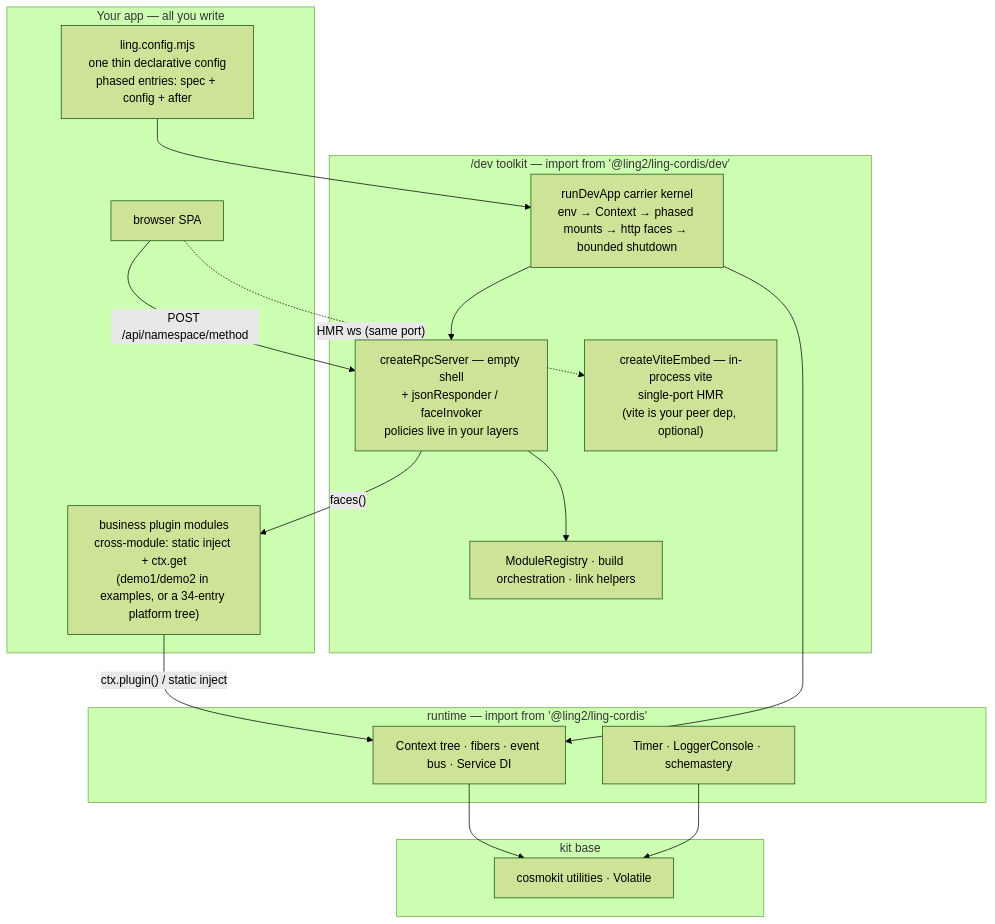
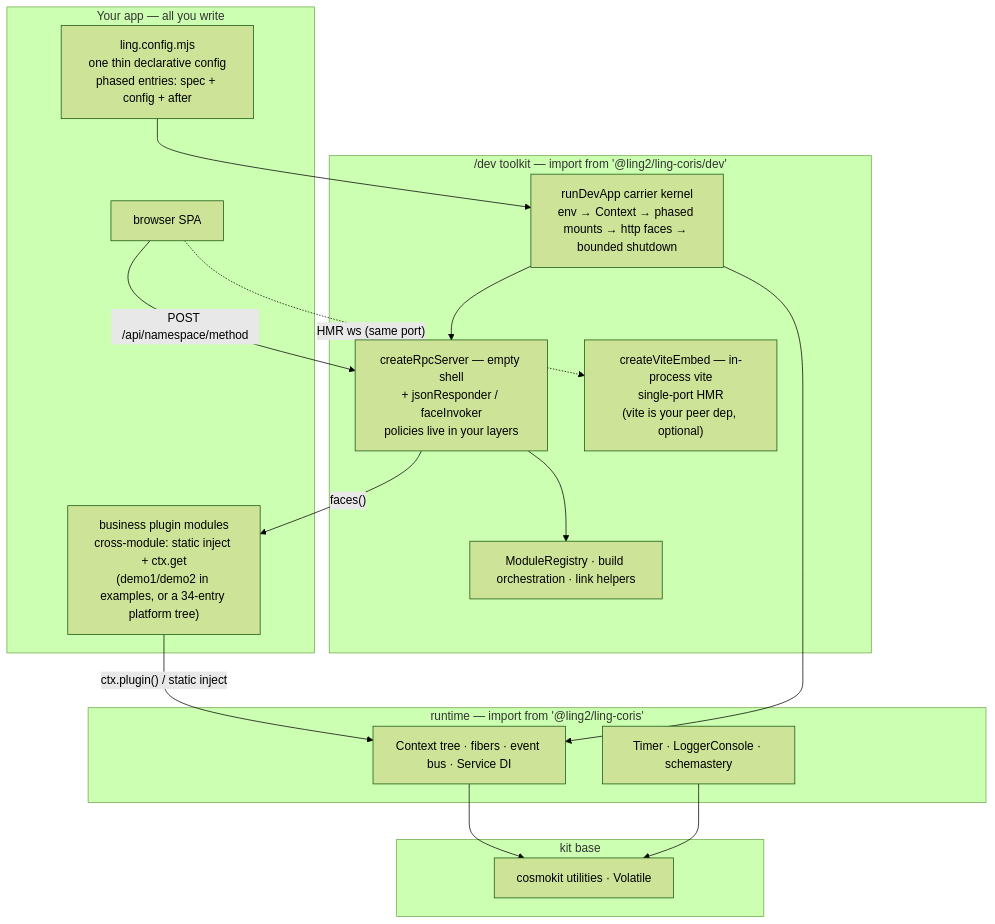
The diagram in README.md (ling2-2y2/ling-cordis), drawn with Mermaid (forest theme) before and after one commit. The commit also changed other lines of this file and 60 other files, not shown here.

Commit message:
chore(rename): ling-cordis → ling-coris——npm 新包 @ling2/ling-coris 0.0.1 起版（用户裁定 2026-10-28；旧包 @ling2/ling-cordis 随后废弃标注指向本包；GitHub/Gitee 仓同步更名）

````diff
--- a/README.md
+++ b/README.md
@@ -35,32 +35,32 @@
 ```mermaid
 flowchart TD
   subgraph L4["Your app — all you write"]
     CFG["ling.config.mjs<br/>one thin declarative config<br/>phased entries: spec + config + after"]
     MOD["business plugin modules<br/>cross-module: static inject + ctx.get<br/>(demo1/demo2 in examples, or a 34-entry platform tree)"]
     FE["browser SPA"]
   end
-  subgraph L3["/dev toolkit — import from '@ling2/ling-cordis/dev'"]
+  subgraph L3["/dev toolkit — import from '@ling2/ling-coris/dev'"]
     KERNEL["runDevApp carrier kernel<br/>env → Context → phased mounts → http faces → bounded shutdown"]
     GW["createRpcServer — empty shell<br/>+ jsonResponder / faceInvoker<br/>policies live in your layers"]
     HMR["createViteEmbed — in-process vite<br/>single-port HMR<br/>(vite is your peer dep, optional)"]
     UTILS["ModuleRegistry · build orchestration · link helpers"]
   end
-  subgraph L2["runtime — import from '@ling2/ling-cordis'"]
+  subgraph L2["runtime — import from '@ling2/ling-coris'"]
     CORE["Context tree · fibers · event bus · Service DI"]
     PLUGINS["Timer · LoggerConsole · schemastery"]
   end
   subgraph L1["kit base"]
     KIT["cosmokit utilities · Volatile"]
   end
 
   CFG --> KERNEL
   MOD -->|"ctx.plugin() / static inject"| CORE
   KERNEL --> GW
   KERNEL --> CORE
   GW --> UTILS
   FE -->|"POST /api/namespace/method"| GW
   FE -.->|"HMR ws (same port)"| HMR
   GW -->|"faces()"| MOD
   CORE --> KIT
   PLUGINS --> KIT
 ```
````
